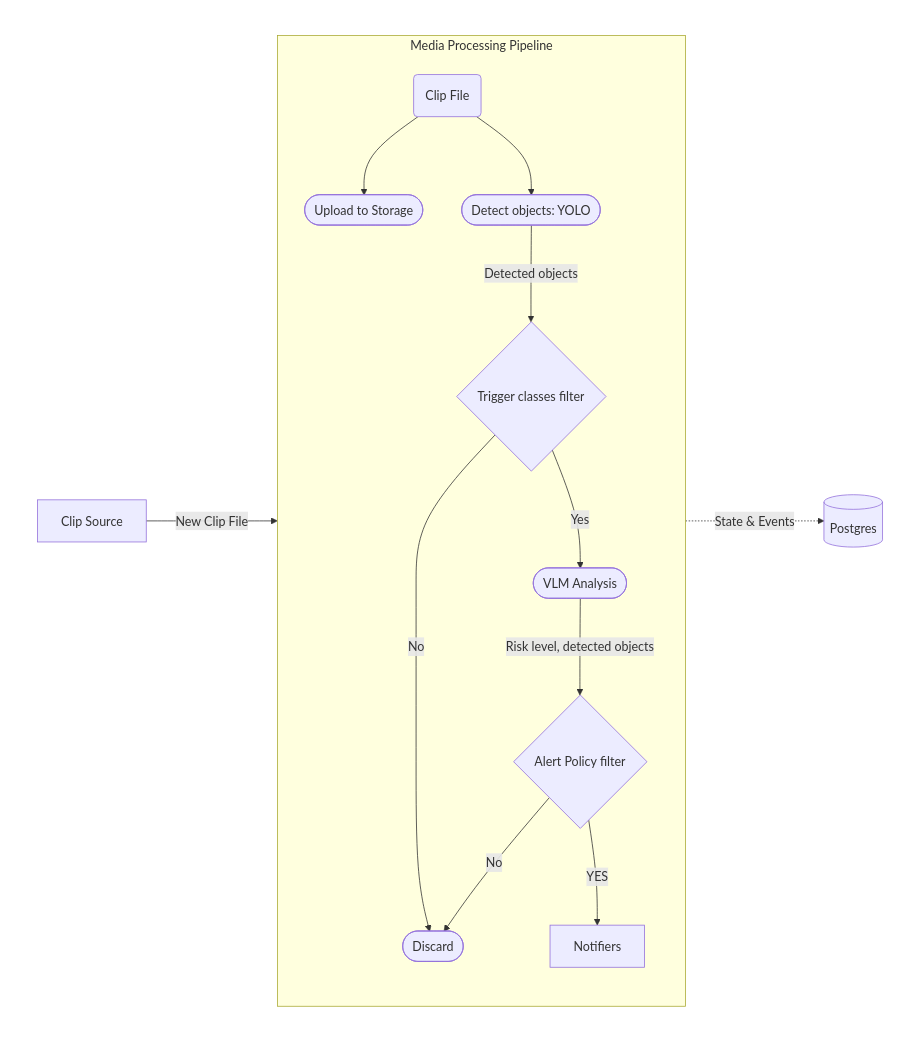
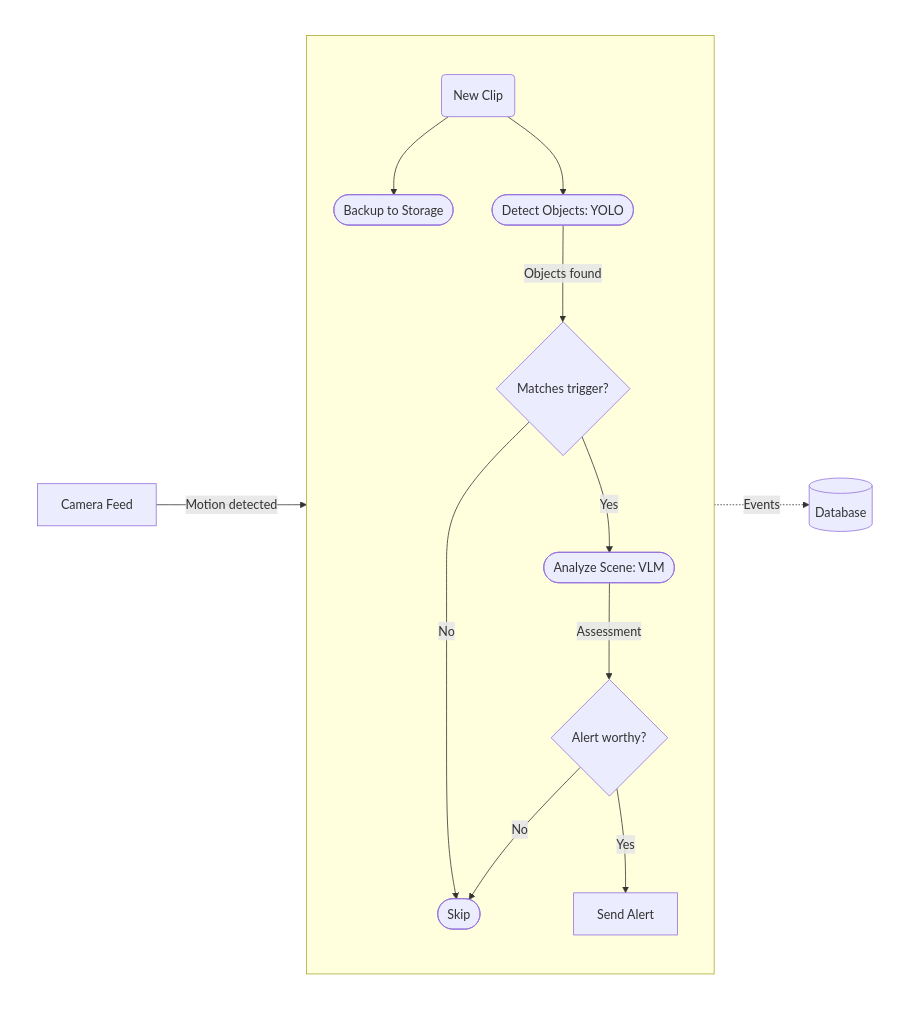
One commit to lan17/homesec changed the diagram in README.md. Above: the diagram before and after it, drawn with Mermaid. The commit also changed other lines of this file, not shown here.

````diff
--- a/README.md
+++ b/README.md
@@ -21,27 +56,26 @@
 ```mermaid
 graph TD
-    %% Layout Wrapper for horizontal alignment
     subgraph Wrapper [" "]
         direction LR
         style Wrapper fill:none,stroke:none
-        
-        S[Clip Source]
-        
-        subgraph Pipeline [Media Processing Pipeline]
+
+        S[Camera Feed]
+
+        subgraph Processing [" "]
             direction TB
-            C(Clip File) --> U([Upload to Storage])
-            C --> F([Detect objects: YOLO])
-            F -->|Detected objects| AI{Trigger classes filter}
-            AI -->|Yes| V([VLM Analysis])
-            AI -->|No| D([Discard])
-            V -->|Risk level, detected objects| P{Alert Policy filter}
+            C(New Clip) --> U([Backup to Storage])
+            C --> F([Detect Objects: YOLO])
+            F -->|Objects found| AI{Matches trigger?}
+            AI -->|Yes| V([Analyze Scene: VLM])
+            AI -->|No| D([Skip])
+            V -->|Assessment| P{Alert worthy?}
             P -->|No| D
-            P -->|YES| N[Notifiers]
+            P -->|Yes| N[Send Alert]
         end
-        
-        S -->|New Clip File| Pipeline
-        
-        PG[(Postgres)]
-        Pipeline -.->|State & Events| PG
+
+        S -->|Motion detected| Processing
+
+        PG[(Database)]
+        Processing -.->|Events| PG
     end
 ```
````
